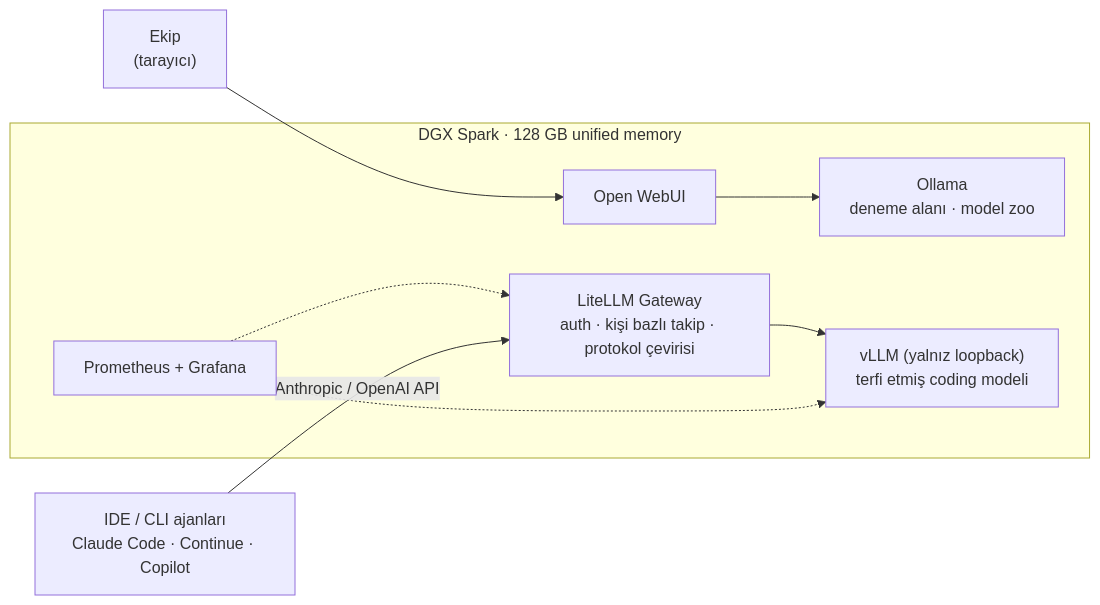
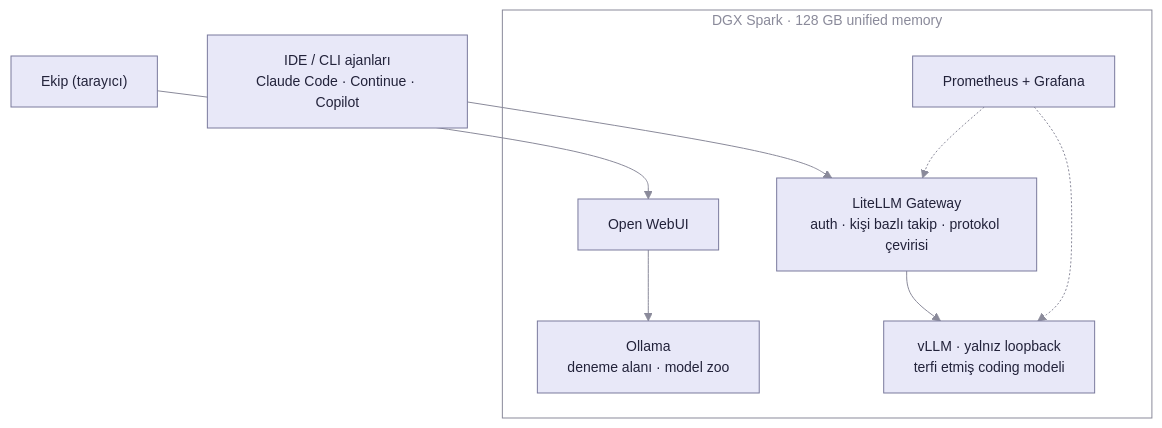
One commit to volkanncicek/volkancicek.com changed the diagram in content/posts/dgx-spark-ekip-icin-inference-merkezi.md. Above: the diagram before and after it, drawn with Mermaid. The commit also changed other lines of this file, not shown here.

Commit message:
fix(content): DGX Spark yazısında taşan kod bloğunu kısalt, mermaid diyagramını açık/koyu tema uyumlu yap
ASCII iki-yol bloğundaki parantezli açıklamalar mobilde yatay taşmaya yol açıyordu; bilgi zaten üstteki listede olduğu için kaldırıldı. Mermaid diyagramı dikey (TB) yerleşime geçti, base tema + nötr gri çizgi/başlık renkleriyle hem açık hem koyu arka planda okunur hale geldi; sorunlu kenar etiketi kaldırıldı.

````diff
--- a/content/posts/dgx-spark-ekip-icin-inference-merkezi.md
+++ b/content/posts/dgx-spark-ekip-icin-inference-merkezi.md
@@ -67,13 +67,12 @@
 ```mermaid
-flowchart LR
-    U["Ekip<br/>(tarayıcı)"]
-    IDE["IDE / CLI ajanları<br/>Claude Code · Continue · Copilot"]
+%%{init: {"theme": "base", "themeVariables": {"primaryColor": "#e8e8f8", "primaryTextColor": "#22223a", "primaryBorderColor": "#7a7a9d", "lineColor": "#8a8a9a", "textColor": "#8a8a9a", "titleColor": "#8a8a9a", "clusterBkg": "transparent", "clusterBorder": "#8a8a9a", "fontSize": "14px"}}}%%
+flowchart TB
+    U["Ekip (tarayıcı)"] --> OW
+    IDE["IDE / CLI ajanları<br/>Claude Code · Continue · Copilot"] --> GW
     subgraph spark["DGX Spark · 128 GB unified memory"]
         OW["Open WebUI"] --> OL["Ollama<br/>deneme alanı · model zoo"]
-        GW["LiteLLM Gateway<br/>auth · kişi bazlı takip · protokol çevirisi"] --> VL["vLLM (yalnız loopback)<br/>terfi etmiş coding modeli"]
+        GW["LiteLLM Gateway<br/>auth · kişi bazlı takip · protokol çevirisi"] --> VL["vLLM · yalnız loopback<br/>terfi etmiş coding modeli"]
         PR["Prometheus + Grafana"] -.-> GW
         PR -.-> VL
     end
-    U --> OW
-    IDE -->|"Anthropic / OpenAI API"| GW
 ```
````
